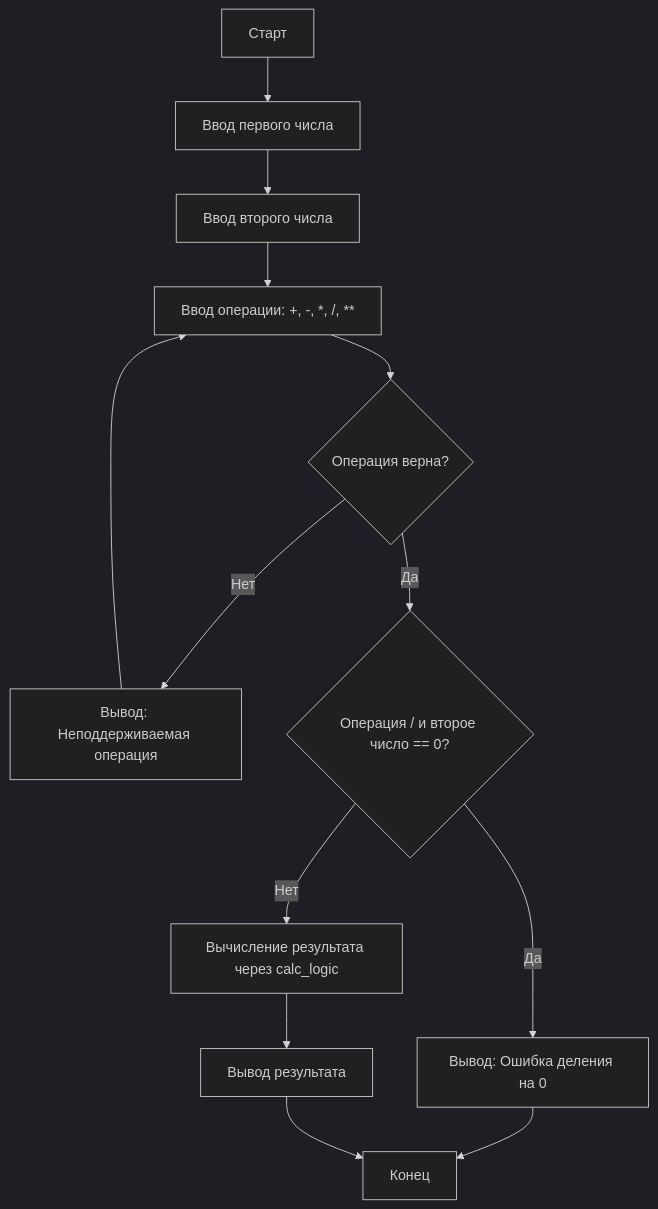
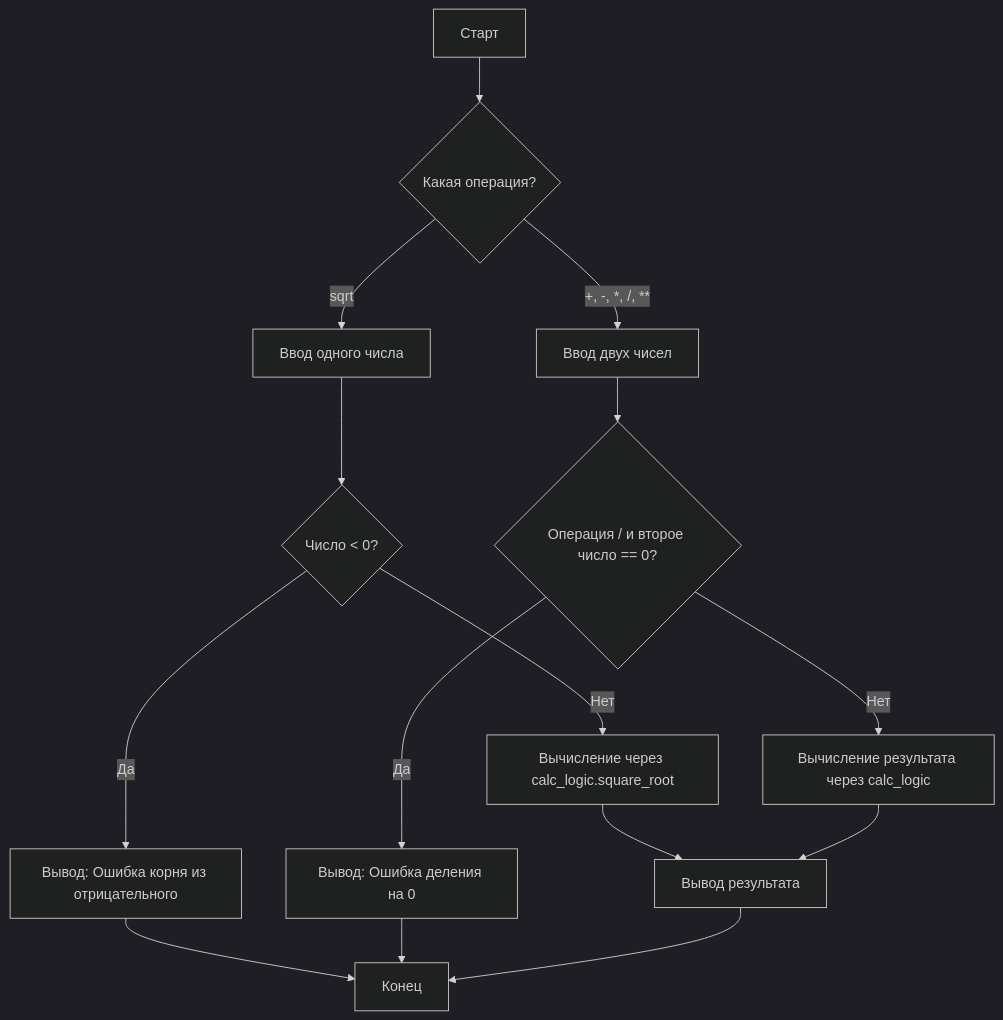
One commit to vovanmakrushin/calculator changed the diagram in README.md. Above: the diagram before and after it, drawn with Mermaid (dark theme).

Commit message:
docs: обновить блок-схему алгоритма в файле README

````diff
--- a/README.md
+++ b/README.md
@@ -34,15 +34,17 @@
 ```mermaid
 graph TD
-    A[Старт] --> B[Ввод первого числа]
-    B --> C[Ввод второго числа]
-    C --> D[Ввод операции: +, -, *, /, **]
-    D --> E{Операция верна?}
-    E -- Нет --> F[Вывод: Неподдерживаемая операция]
-    F --> D
-    E -- Да --> G{Операция / и второе число == 0?}
-    G -- Да --> H[Вывод: Ошибка деления на 0]
-    G -- Нет --> I[Вычисление результата через calc_logic]
-    I --> J[Вывод результата]
-    H --> K[Конец]
-    J --> K
+    A[Старт] --> B{Какая операция?}
+    B -->|sqrt| C[Ввод одного числа]
+    B -->|+, -, *, /, **| D[Ввод двух чисел]
+    C --> E{Число < 0?}
+    E -- Да --> F[Вывод: Ошибка корня из отрицательного]
+    E -- Нет --> G[Вычисление через calc_logic.square_root]
+    D --> H{Операция / и второе число == 0?}
+    H -- Да --> I[Вывод: Ошибка деления на 0]
+    H -- Нет --> J[Вычисление результата через calc_logic]
+    F --> K[Конец]
+    G --> L[Вывод результата]
+    I --> K
+    J --> L
+    L --> K
 ```
````
